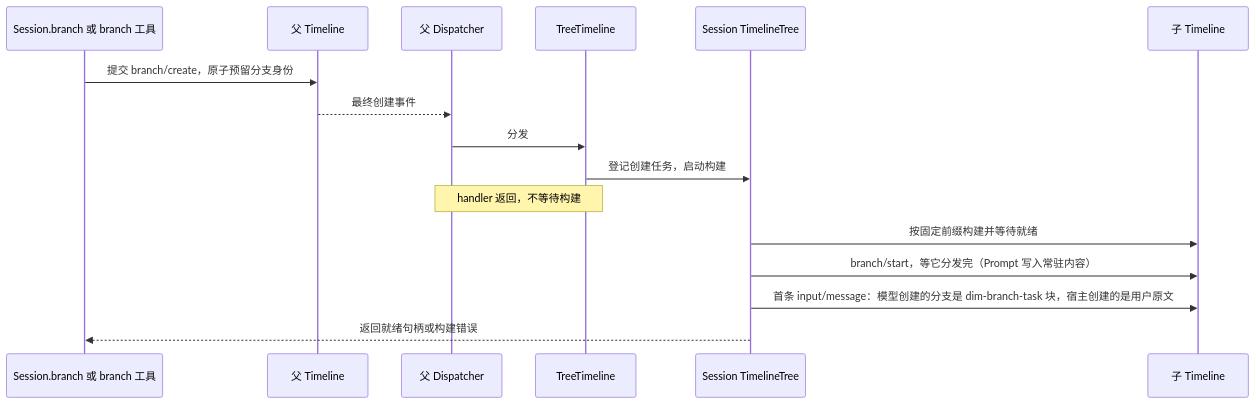
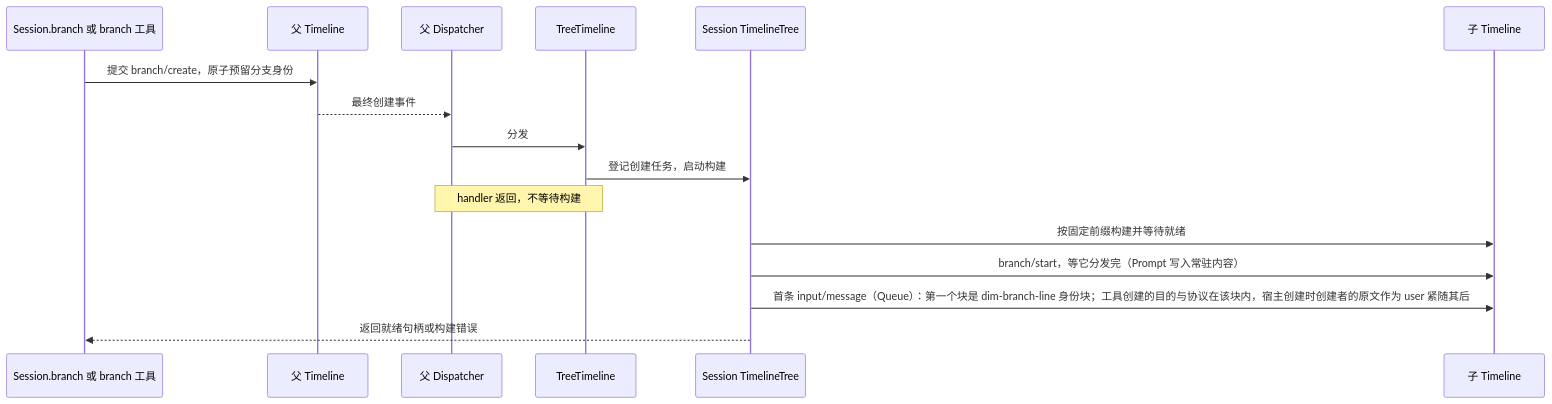
The diagram in docs/architecture/rust-agent/event-driven-flows.md (CoutinhoTTS/dim-agent), drawn with Mermaid before and after one commit. The commit also changed other lines of this file, not shown here.

Commit message:
docs(architecture): show the line identity in a child's first input
Both sources open a child with the same Queue input: its first block is
the dim-branch-line identity, and only the rest differs. A tool line's
purpose and rules for working with its parent are inside that block; a
host line's creator prompt is the input's user text. This replaces the
dim-branch-task description (timeline-branches §7.1, §12.1).

````diff
--- a/docs/architecture/rust-agent/event-driven-flows.md
+++ b/docs/architecture/rust-agent/event-driven-flows.md
@@ -79,18 +79,18 @@
 ```mermaid
 sequenceDiagram
     participant E as Session.branch 或 branch 工具
     participant P as 父 Timeline
     participant D as 父 Dispatcher
     participant C as TreeTimeline
     participant T as Session TimelineTree
     participant B as 子 Timeline
     E->>P: 提交 branch/create，原子预留分支身份
     P-->>D: 最终创建事件
     D->>C: 分发
     C->>T: 登记创建任务，启动构建
     Note over D,C: handler 返回，不等待构建
     T->>B: 按固定前缀构建并等待就绪
     T->>B: branch/start，等它分发完（Prompt 写入常驻内容）
-    T->>B: 首条 input/message：模型创建的分支是 dim-branch-task 块，宿主创建的是用户原文
+    T->>B: 首条 input/message（Queue）：第一个块是 dim-branch-line 身份块；工具创建的目的与协议在该块内，宿主创建时创建者的原文作为 user 紧随其后
     T-->>E: 返回就绪句柄或构建错误
 ```
````
